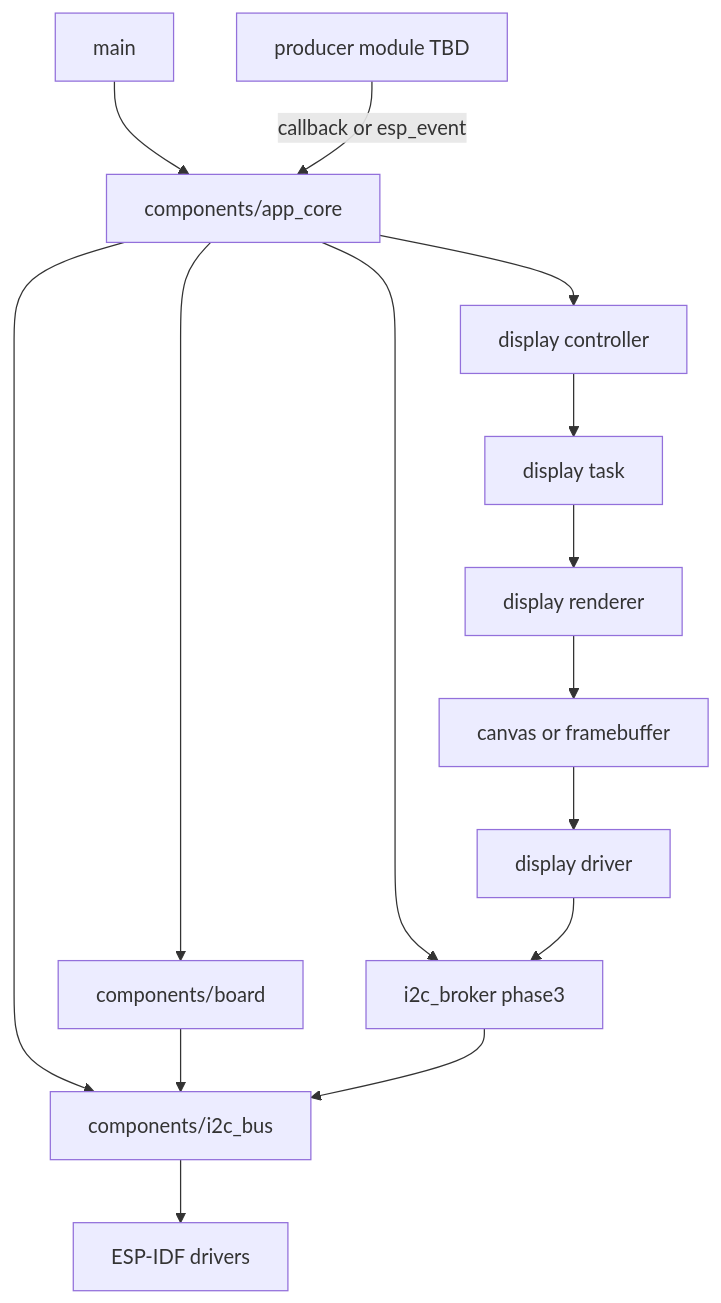
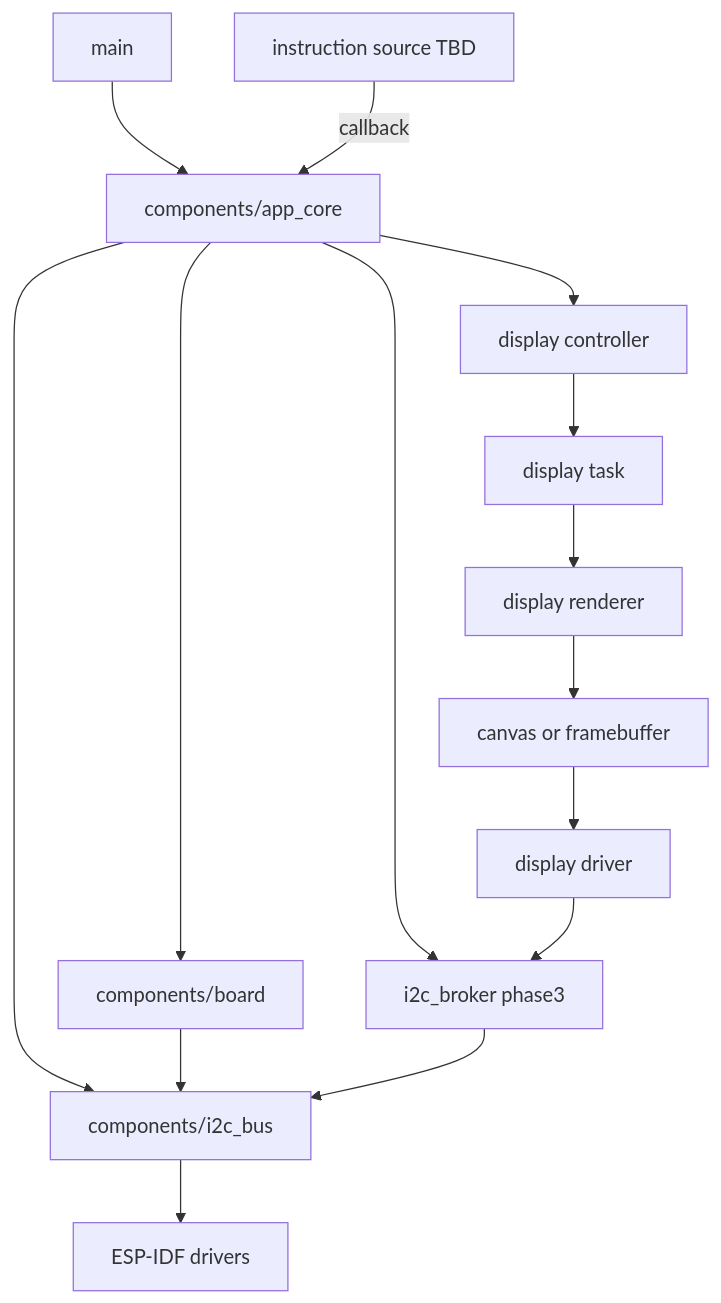
Before and after one commit to galopago/misistemhil: the diagram in b-hil-boards/b06_hil/firmware/docs/architecture.md, drawn with Mermaid. The commit also changed other lines of this file and 6 other files, not shown here.

````diff
--- a/b-hil-boards/b06_hil/firmware/docs/architecture.md
+++ b/b-hil-boards/b06_hil/firmware/docs/architecture.md
@@ -24,17 +24,17 @@
 ```mermaid
 flowchart TD
     AppMain[main] --> AppCore[components/app_core]
-    Producer[producer module TBD] -->|"callback or esp_event"| AppCore
+    InstructionSource[instruction source TBD] -->|"callback"| AppCore
     AppCore --> Board[components/board]
     AppCore --> I2cBus[components/i2c_bus]
     AppCore --> I2cBroker[i2c_broker phase3]
     AppCore --> DisplayController[display controller]
     Board --> I2cBus
     DisplayController --> DisplayTask[display task]
     DisplayTask --> DisplayRenderer[display renderer]
     DisplayRenderer --> DisplayCanvas[canvas or framebuffer]
     DisplayCanvas --> DisplayDriver[display driver]
     DisplayDriver --> I2cBroker
     I2cBroker --> I2cBus
     I2cBus --> EspIdf[ESP-IDF drivers]
 ```
````
